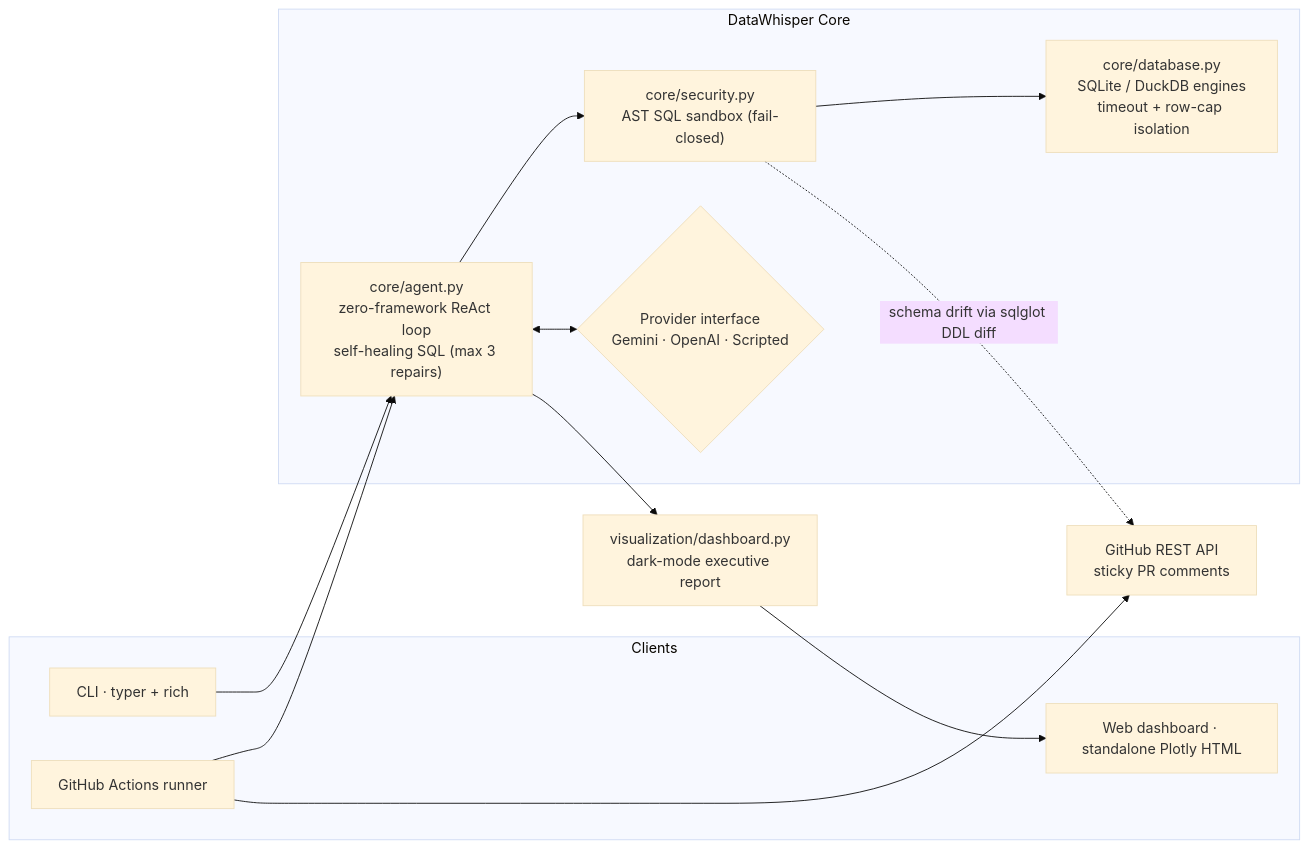
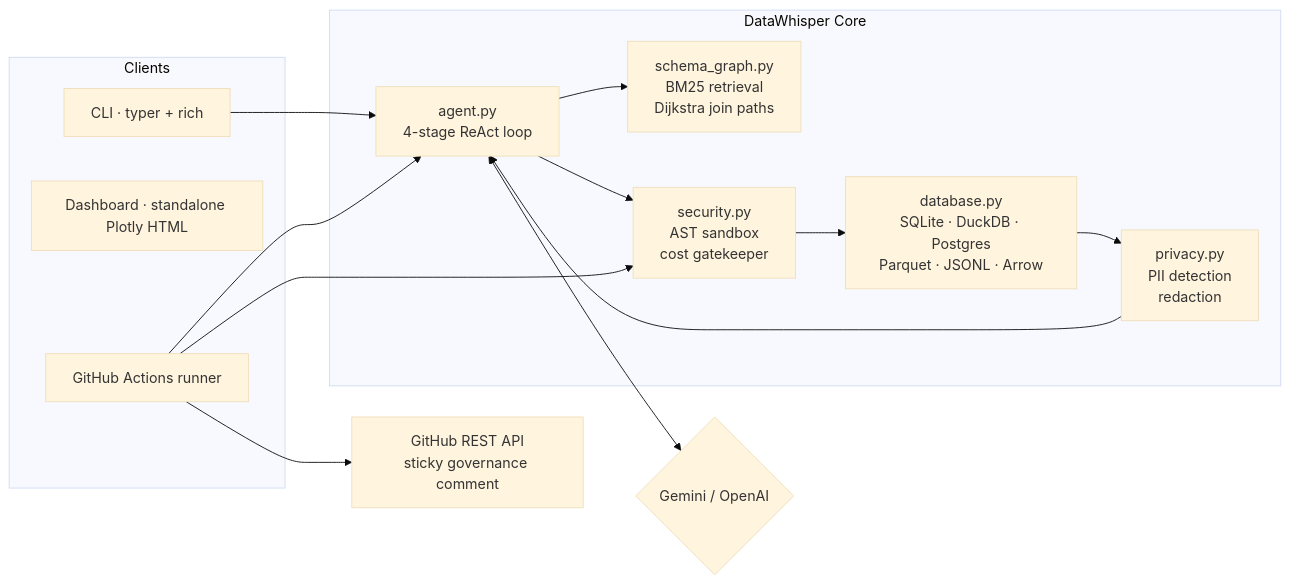
The first of 2 diagrams in README.md (Green-tero/datawhisper), drawn with Mermaid (base theme) before and after one commit. The commit also changed other lines of this file and 21 other files, not shown here.

First line of the commit message:
feat!: DataWhisper v2.0 — graph pruning, multi-engine Arrow, zero-trust gate

````diff
--- a/README.md
+++ b/README.md
@@ -89,27 +40,30 @@
 ```mermaid
 flowchart LR
     subgraph Clients
         CLI["CLI · typer + rich"]
-        DASH["Web dashboard · standalone Plotly HTML"]
+        DASH["Dashboard · standalone Plotly HTML"]
         GHA["GitHub Actions runner"]
     end
 
     subgraph Core["DataWhisper Core"]
-        SEC["core/security.py<br/>AST SQL sandbox (fail-closed)"]
-        DB["core/database.py<br/>SQLite / DuckDB engines<br/>timeout + row-cap isolation"]
-        AGENT["core/agent.py<br/>zero-framework ReAct loop<br/>self-healing SQL (max 3 repairs)"]
-        PROV{"Provider interface<br/>Gemini · OpenAI · Scripted"}
+        GRAPH["schema_graph.py<br/>BM25 retrieval<br/>Dijkstra join paths"]
+        AGENT["agent.py<br/>4-stage ReAct loop"]
+        SEC["security.py<br/>AST sandbox<br/>cost gatekeeper"]
+        PRIV["privacy.py<br/>PII detection<br/>redaction"]
+        DB["database.py<br/>SQLite · DuckDB · Postgres<br/>Parquet · JSONL · Arrow"]
     end
 
-    GH["GitHub REST API<br/>sticky PR comments"]
-    REPORT["visualization/dashboard.py<br/>dark-mode executive report"]
+    LLM{"Gemini / OpenAI"}
+    GH["GitHub REST API<br/>sticky governance comment"]
 
     CLI --> AGENT
     GHA --> AGENT
+    AGENT --> GRAPH
     AGENT --> SEC
     SEC --> DB
-    AGENT <--> PROV
-    AGENT --> REPORT --> DASH
+    DB --> PRIV
+    PRIV --> AGENT
+    AGENT <--> LLM
+    GHA --> SEC
     GHA --> GH
-    SEC -. "schema drift via sqlglot DDL diff" .-> GH
 ```
````
